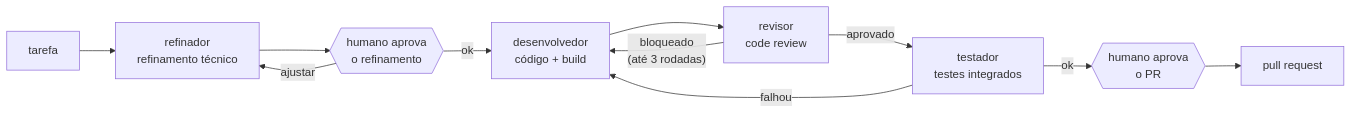
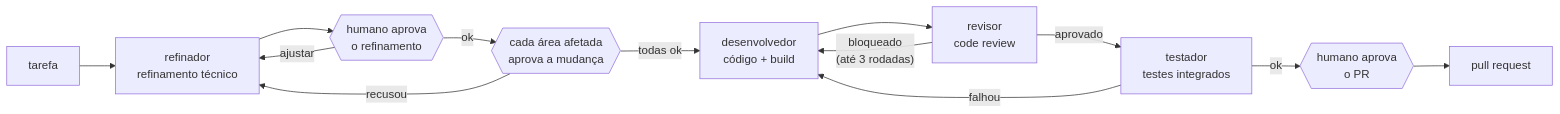
The first of 3 diagrams in README.md (Diegobraun/ai-dev-flow), drawn with Mermaid before and after one commit. The commit also changed other lines of this file and 13 other files, not shown here.

````diff
--- a/README.md
+++ b/README.md
@@ -5,13 +5,15 @@
 ```mermaid
 flowchart LR
     T["tarefa"] --> R["refinador<br/>refinamento técnico"]
     R --> A1{{"humano aprova<br/>o refinamento"}}
     A1 -- ajustar --> R
-    A1 -- ok --> D["desenvolvedor<br/>código + build"]
+    A1 -- ok --> AR{{"cada área afetada<br/>aprova a mudança"}}
+    AR -- recusou --> R
+    AR -- "todas ok" --> D["desenvolvedor<br/>código + build"]
     D --> V["revisor<br/>code review"]
     V -- "bloqueado<br/>(até 3 rodadas)" --> D
     V -- aprovado --> Q["testador<br/>testes integrados"]
     Q -- falhou --> D
     Q -- ok --> A2{{"humano aprova<br/>o PR"}}
     A2 --> PR["pull request"]
 ```
````
